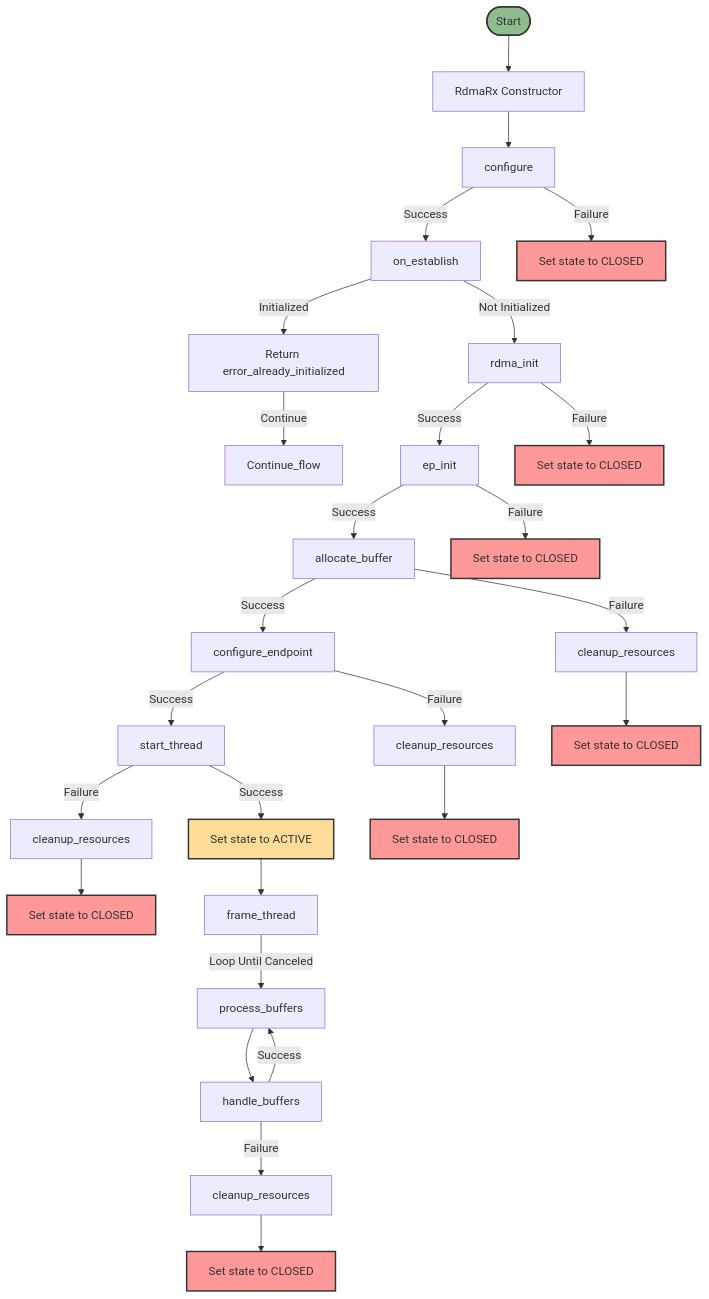
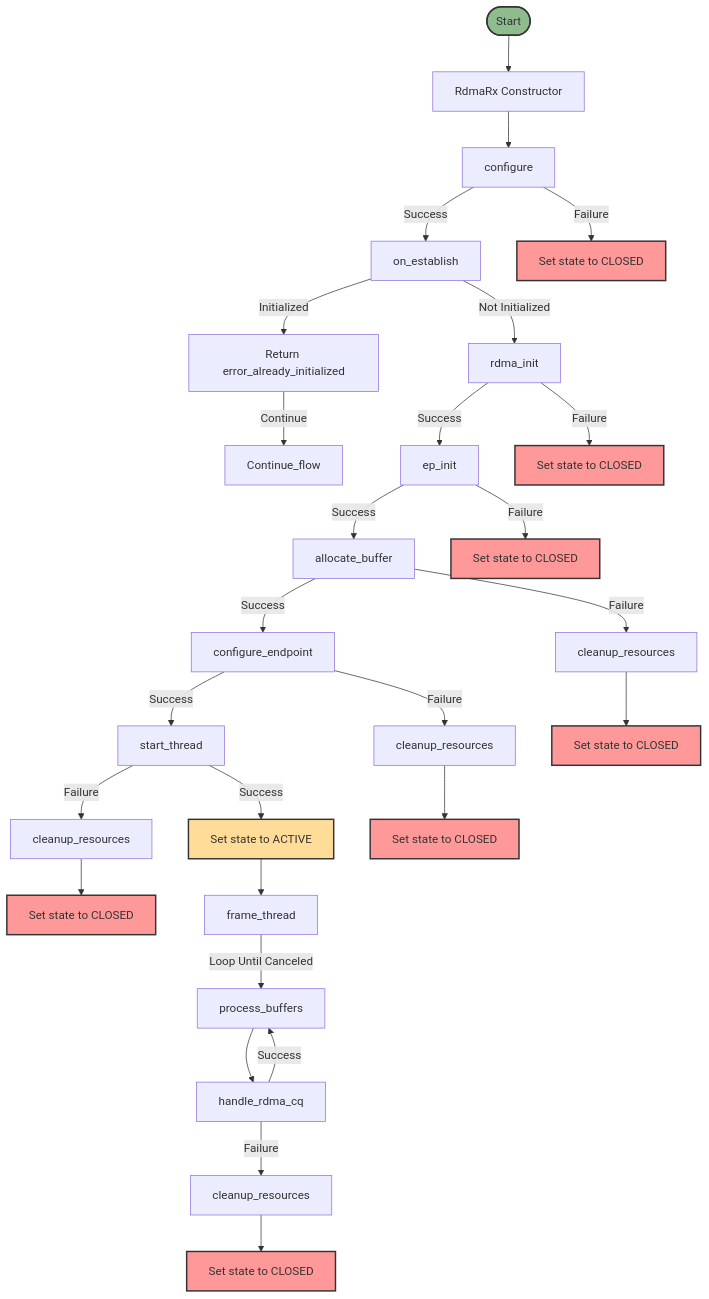
Before and after one commit to OpenVisualCloud/Media-Communications-Mesh: the first of 3 diagrams in media-proxy/include/mesh/CONN-RDMA.md, drawn with Mermaid. The commit also changed other lines of this file and 11 other files, not shown here.

````diff
--- a/media-proxy/include/mesh/CONN-RDMA.md
+++ b/media-proxy/include/mesh/CONN-RDMA.md
@@ -3,40 +3,40 @@
 ```mermaid
 flowchart TD
     start([Start]) --> init[RdmaRx Constructor]
     init --> config[configure]
     config -->|Success| establish[on_establish]
     config -->|Failure| close1[Set state to CLOSED]
     establish -->|Initialized| alreadyInit[Return error_already_initialized]
     alreadyInit --> |Continue| Continue_flow
     establish -->|Not Initialized| devInit[rdma_init]
     devInit -->|Success| epInit[ep_init]
     devInit -->|Failure| close2[Set state to CLOSED]
     epInit -->|Success| allocBuffer[allocate_buffer]
     epInit -->|Failure| close3[Set state to CLOSED]
     allocBuffer -->|Success| epConfig[configure_endpoint]
     allocBuffer -->|Failure| cleanup1[cleanup_resources]
     epConfig -->|Success| startThread[start_thread]
     epConfig -->|Failure| cleanup2[cleanup_resources]
     startThread -->|Success| active[Set state to ACTIVE]
     startThread -->|Failure| cleanup3[cleanup_resources]
     cleanup1 --> close4[Set state to CLOSED]
     cleanup2 --> close5[Set state to CLOSED]
     cleanup3 --> close6[Set state to CLOSED]
 
     active --> frameThread[frame_thread]
     frameThread -->|Loop Until Canceled| processBuf[process_buffers]
-    processBuf --> handleBuf[handle_buffers]
+    processBuf --> handleBuf[handle_rdma_cq]
     handleBuf -->|Success| processBuf
     handleBuf -->|Failure| cleanup4[cleanup_resources]
     cleanup4 --> close7[Set state to CLOSED]
 
     style start fill:#8fbc8f,stroke:#333,stroke-width:2px
     style active fill:#ffdd99,stroke:#333,stroke-width:2px
     style close1 fill:#ff9999,stroke:#333,stroke-width:2px
     style close2 fill:#ff9999,stroke:#333,stroke-width:2px
     style close3 fill:#ff9999,stroke:#333,stroke-width:2px
     style close4 fill:#ff9999,stroke:#333,stroke-width:2px
     style close5 fill:#ff9999,stroke:#333,stroke-width:2px
     style close6 fill:#ff9999,stroke:#333,stroke-width:2px
     style close7 fill:#ff9999,stroke:#333,stroke-width:2px
 ```
````
